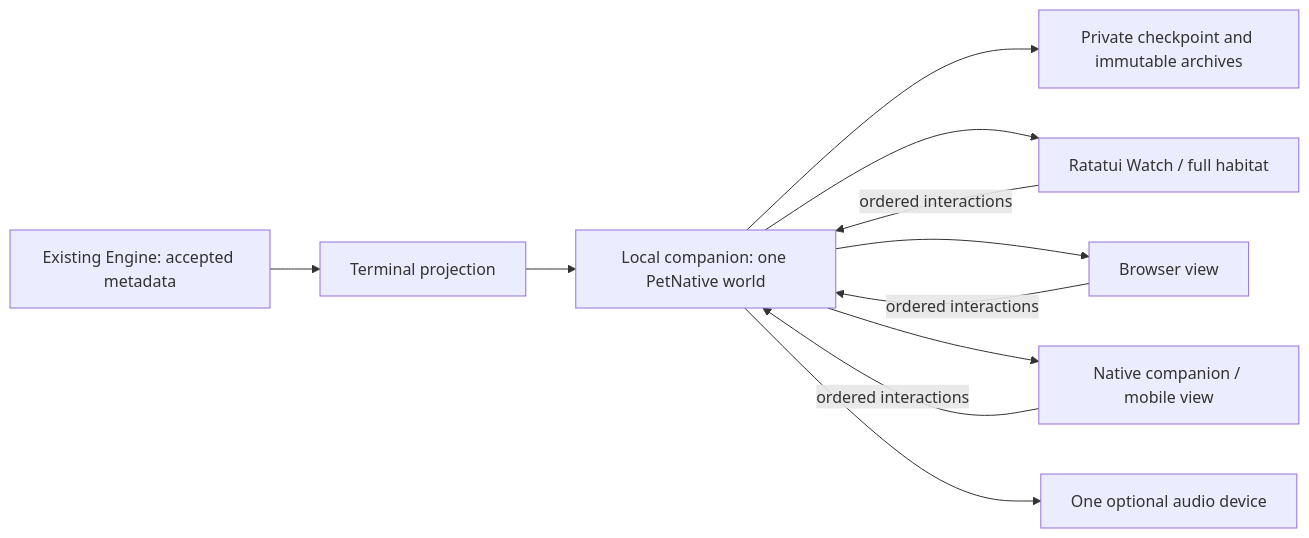
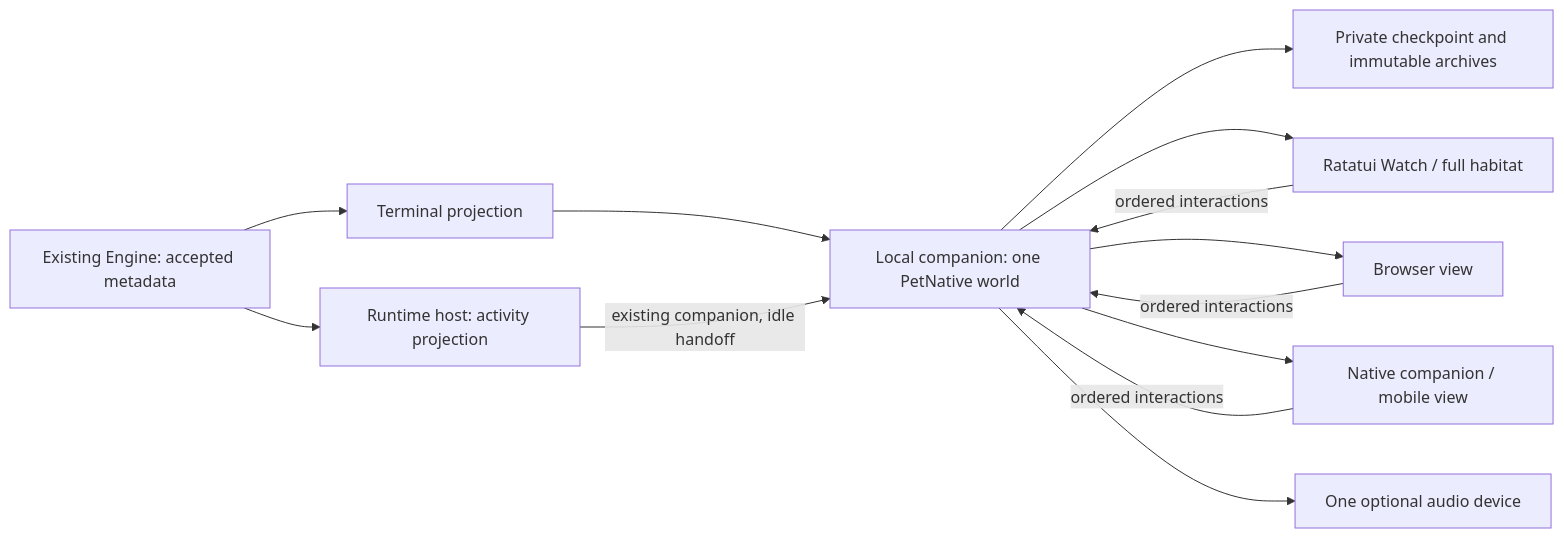
Before and after one commit to 7jrxt42BxFZo4iAnN4CX/Codewhale: the diagram in pet/SHARED.md, drawn with Mermaid. The commit also changed other lines of this file and 14 other files, not shown here.

````diff
--- a/pet/SHARED.md
+++ b/pet/SHARED.md
@@ -9,11 +9,13 @@
 ```mermaid
 flowchart LR
   E[Existing Engine: accepted metadata] --> T[Terminal projection]
   T --> O[Local companion: one PetNative world]
+  E --> R[Runtime host: activity projection]
+  R -->|existing companion, idle handoff| O
   O --> S[Private checkpoint and immutable archives]
   O --> W[Ratatui Watch / full habitat]
   O --> B[Browser view]
   O --> N[Native companion / mobile view]
   O --> A[One optional audio device]
   W & B & N -->|ordered interactions| O
 ```
````
